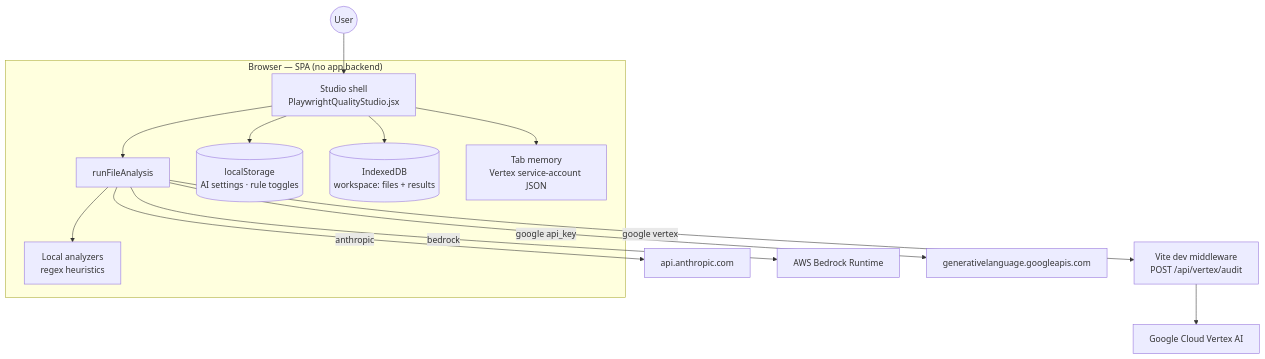
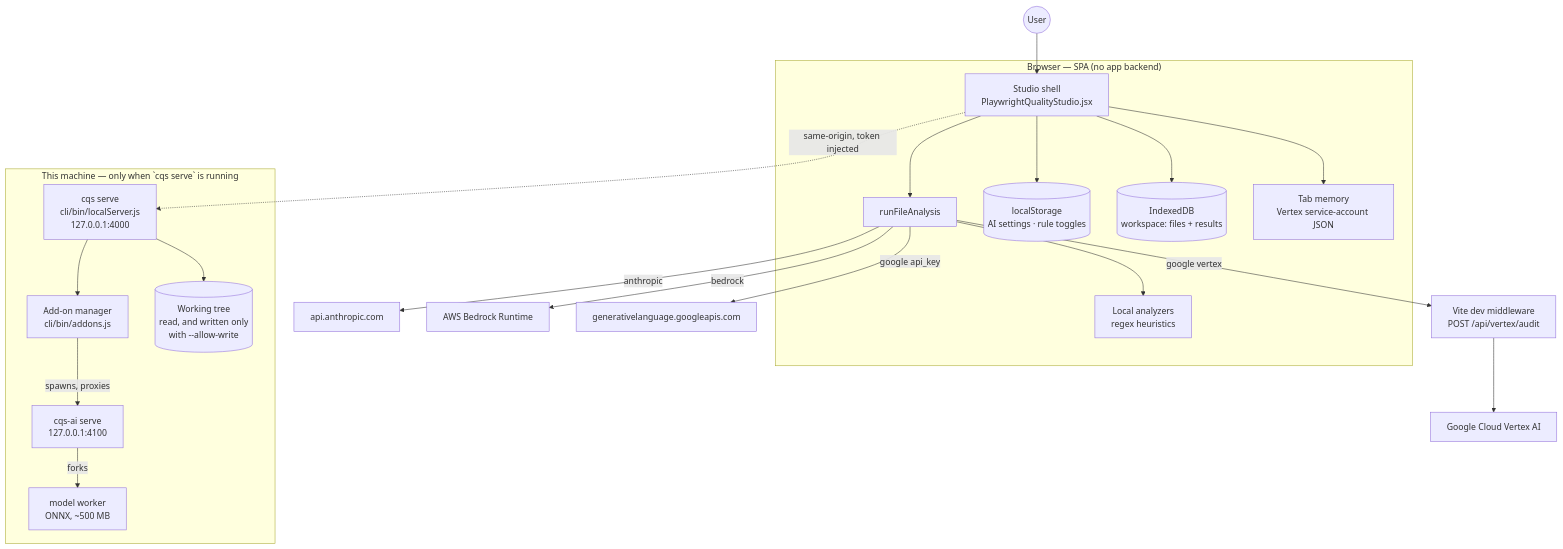
Before and after one commit to mv-vasanth/code-quality-studio: the first of 4 diagrams in docs/ARCHITECTURE.md, drawn with Mermaid. The commit also changed other lines of this file and 41 other files, not shown here.

First line of the commit message:
Add cqs serve app hosting, findings redesign, and the cqs-ai add-on

````diff
--- a/docs/ARCHITECTURE.md
+++ b/docs/ARCHITECTURE.md
@@ -42,25 +42,39 @@
 ```mermaid
 flowchart TB
   USER((User)) --> UI
 
   subgraph Browser["Browser — SPA (no app backend)"]
     UI[Studio shell<br/>PlaywrightQualityStudio.jsx]
     LOCAL[Local analyzers<br/>regex heuristics]
     ROUTER[runFileAnalysis]
     LS[(localStorage<br/>AI settings · rule toggles)]
     IDB[(IndexedDB<br/>workspace: files + results)]
     MEM[Tab memory<br/>Vertex service-account JSON]
 
     UI --> ROUTER
     ROUTER --> LOCAL
     UI --> LS
     UI --> IDB
     UI --> MEM
   end
 
   ROUTER -->|anthropic| ANT[api.anthropic.com]
   ROUTER -->|bedrock| BR[AWS Bedrock Runtime]
   ROUTER -->|google api_key| GEN[generativelanguage.googleapis.com]
   ROUTER -->|google vertex| VITE[Vite dev middleware<br/>POST /api/vertex/audit]
   VITE --> GCP[Google Cloud Vertex AI]
+
+  UI -.->|same-origin, token injected| SERVE
+  subgraph Machine["This machine — only when `cqs serve` is running"]
+    SERVE[cqs serve<br/>cli/bin/localServer.js<br/>127.0.0.1:4000]
+    ADDONS[Add-on manager<br/>cli/bin/addons.js]
+    AI[cqs-ai serve<br/>127.0.0.1:4100]
+    WORKER[model worker<br/>ONNX, ~500 MB]
+    DISK[(Working tree<br/>read, and written only<br/>with --allow-write)]
+
+    SERVE --> ADDONS
+    SERVE --> DISK
+    ADDONS -->|spawns, proxies| AI
+    AI -->|forks| WORKER
+  end
 ```
````
